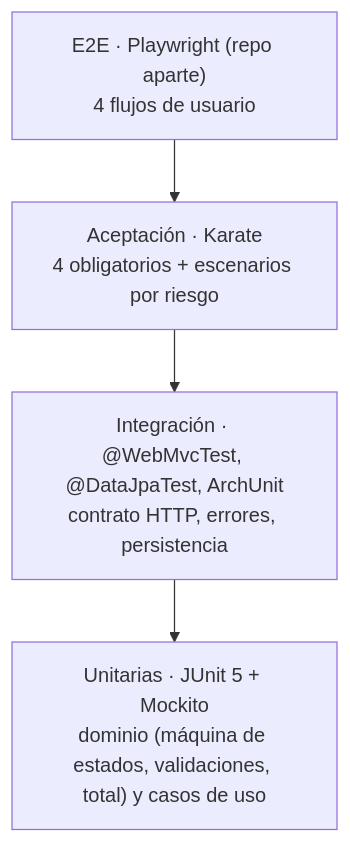
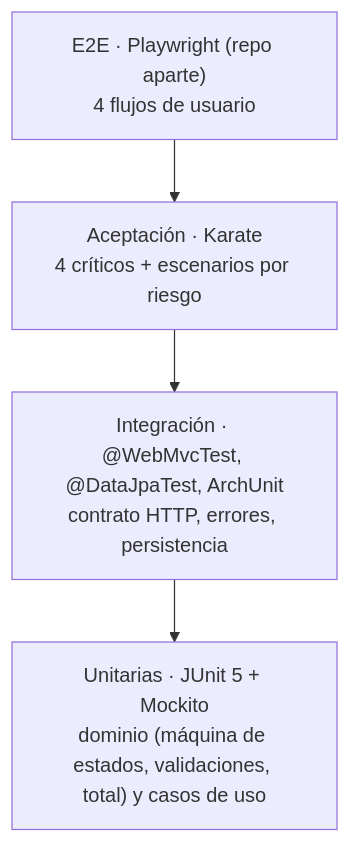
The diagram in docs/qa/estrategia-pruebas.md (NataliaGarciaB/rtbc-orders-api), drawn with Mermaid before and after one commit. The commit also changed other lines of this file and 10 other files, not shown here.

````diff
--- a/docs/qa/estrategia-pruebas.md
+++ b/docs/qa/estrategia-pruebas.md
@@ -27,8 +27,8 @@
 ```mermaid
 flowchart TB
     E2E["E2E · Playwright (repo aparte)<br/>4 flujos de usuario"]
-    ACC["Aceptación · Karate<br/>4 obligatorios + escenarios por riesgo"]
+    ACC["Aceptación · Karate<br/>4 críticos + escenarios por riesgo"]
     INT["Integración · @WebMvcTest, @DataJpaTest, ArchUnit<br/>contrato HTTP, errores, persistencia"]
     UNIT["Unitarias · JUnit 5 + Mockito<br/>dominio (máquina de estados, validaciones, total) y casos de uso"]
     E2E --> ACC --> INT --> UNIT
 ```
````
